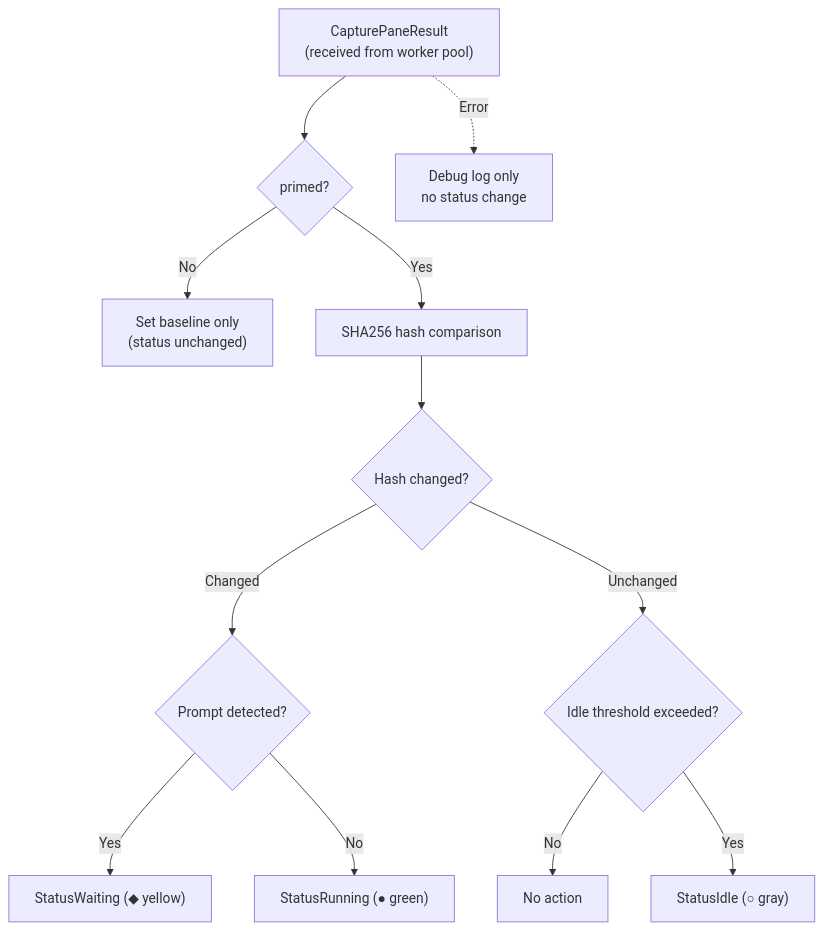
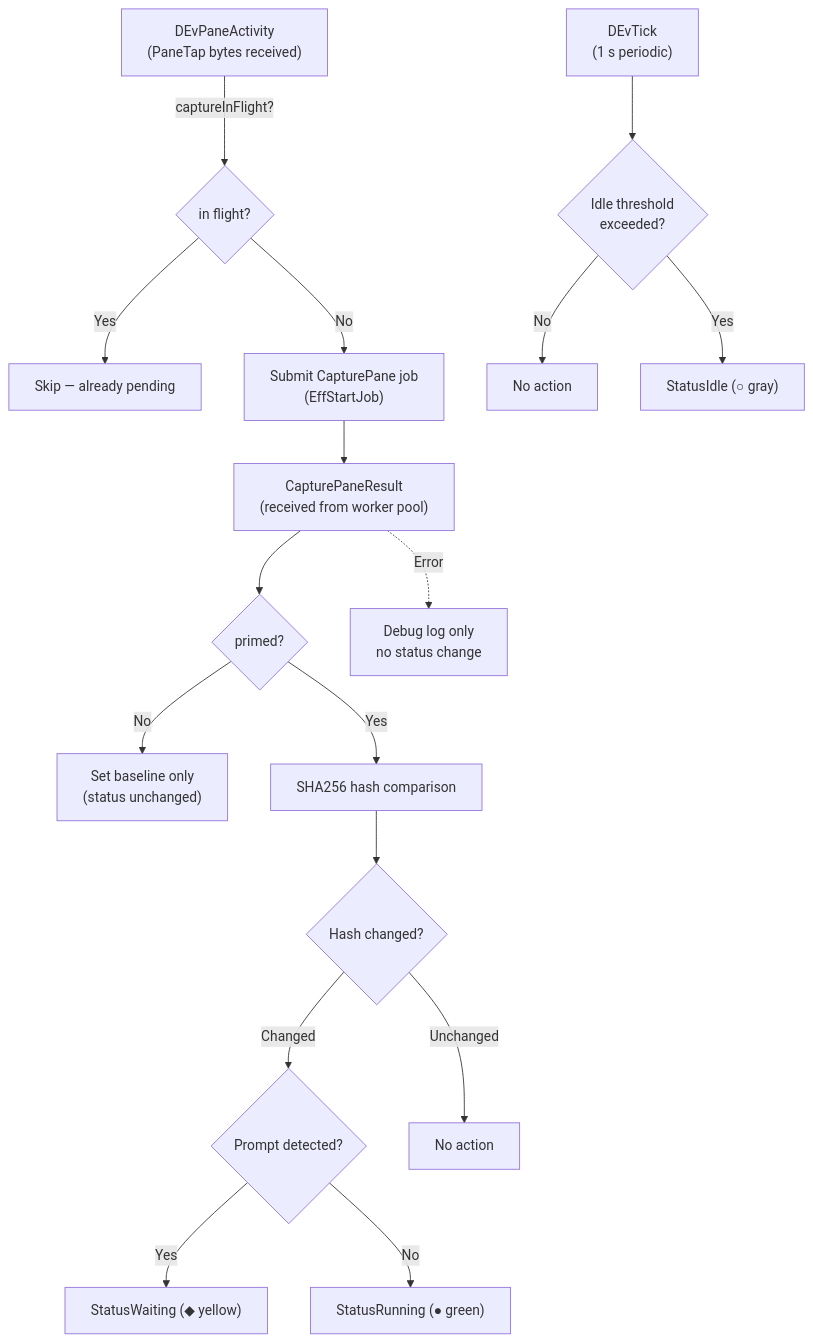
The first of 3 diagrams in docs/state-monitoring.md (takezoh/agent-roost), drawn with Mermaid before and after one commit. The commit also changed other lines of this file and 3 other files, not shown here.

````diff
--- a/docs/state-monitoring.md
+++ b/docs/state-monitoring.md
@@ -73,14 +77,20 @@
 ```mermaid
 flowchart TD
+    act["DEvPaneActivity<br/>(PaneTap bytes received)"] -->|captureInFlight?| guard{in flight?}
+    guard -->|Yes| skip[Skip — already pending]
+    guard -->|No| submit["Submit CapturePane job<br/>(EffStartJob)"]
+    tick["DEvTick<br/>(1 s periodic)"] --> idle{Idle threshold<br/>exceeded?}
+    idle -->|No| noop[No action]
+    idle -->|Yes| idleStatus["StatusIdle (○ gray)"]
+
+    submit --> cap
     cap["CapturePaneResult<br/>(received from worker pool)"] --> primed{primed?}
     primed -->|No| baseline["Set baseline only<br/>(status unchanged)"]
     primed -->|Yes| hash[SHA256 hash comparison]
     hash --> changed{Hash changed?}
     changed -->|Changed| prompt{Prompt detected?}
     prompt -->|Yes| waiting["StatusWaiting (◆ yellow)"]
     prompt -->|No| running["StatusRunning (● green)"]
-    changed -->|Unchanged| threshold{Idle threshold exceeded?}
-    threshold -->|No| keep[No action]
-    threshold -->|Yes| idle["StatusIdle (○ gray)"]
+    changed -->|Unchanged| keep[No action]
     cap -.->|Error| log[Debug log only<br/>no status change]
 ```
````
